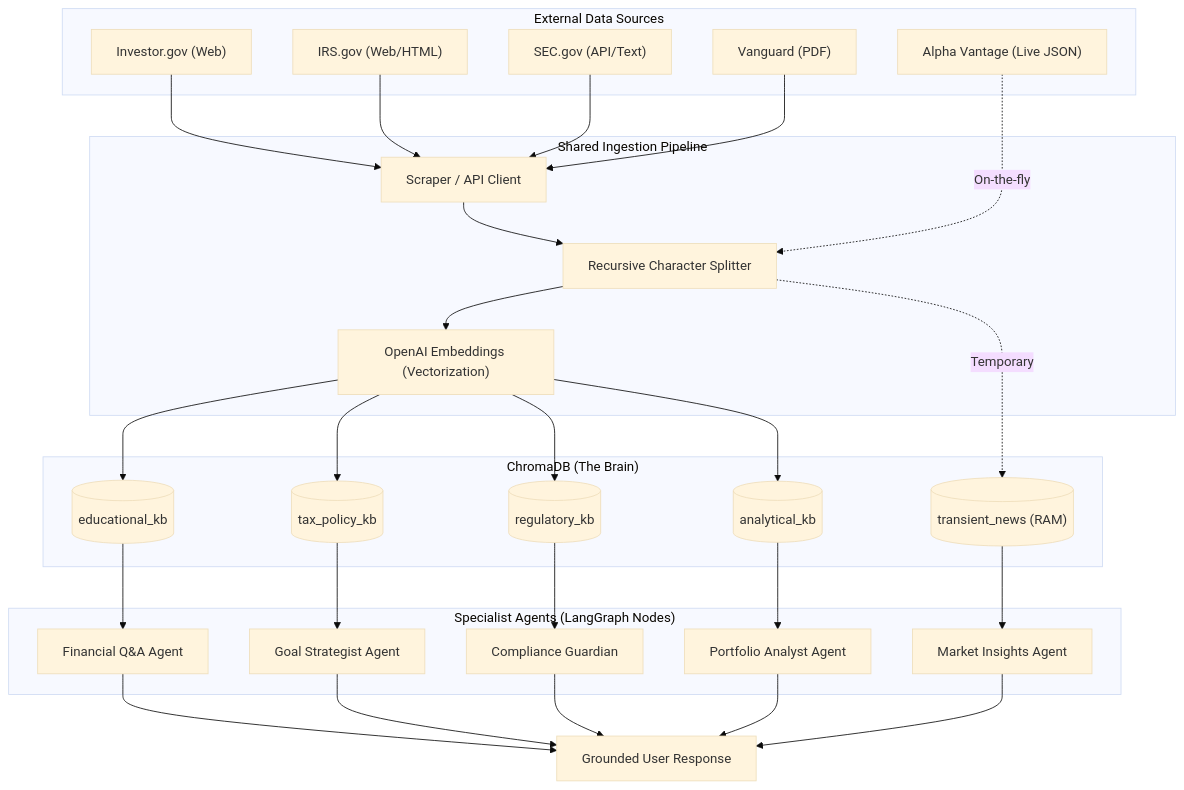
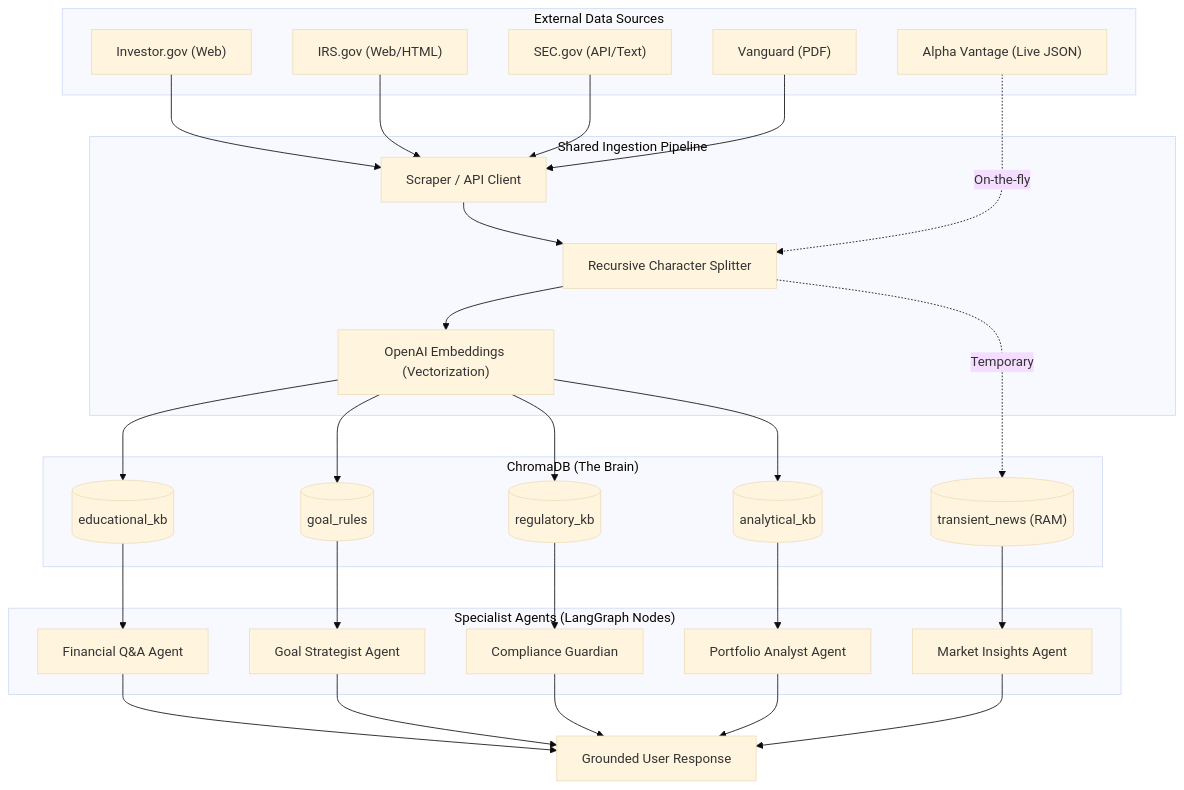
Before and after one commit to uthircloudnative/finnie-ai: the diagram in docs/RAG_GUIDE.md, drawn with Mermaid (base theme). The commit also changed other lines of this file and 32 other files, not shown here.

````diff
--- a/docs/RAG_GUIDE.md
+++ b/docs/RAG_GUIDE.md
@@ -181,45 +181,45 @@
 ```mermaid
 graph TD
     subgraph "External Data Sources"
         S1["Investor.gov (Web)"]
         S2["IRS.gov (Web/HTML)"]
         S3["SEC.gov (API/Text)"]
         S4["Vanguard (PDF)"]
         S5["Alpha Vantage (Live JSON)"]
     end
 
     subgraph "Shared Ingestion Pipeline"
         P1["Scraper / API Client"] --> P2["Recursive Character Splitter"]
         P2 --> P3["OpenAI Embeddings (Vectorization)"]
     end
 
     S1 & S2 & S3 & S4 --> P1
     S5 -.->|On-the-fly| P2
 
     subgraph "ChromaDB (The Brain)"
         C1[("educational_kb")]
-        C2[("tax_policy_kb")]
+        C2[("goal_rules")]
         C3[("regulatory_kb")]
         C4[("analytical_kb")]
         C5[("transient_news (RAM)")]
     end
 
     P3 --> C1 & C2 & C3 & C4
     P2 -.->|Temporary| C5
 
     subgraph "Specialist Agents (LangGraph Nodes)"
         A1["Financial Q&A Agent"]
         A2["Goal Strategist Agent"]
         A3["Compliance Guardian"]
         A4["Portfolio Analyst Agent"]
         A5["Market Insights Agent"]
     end
 
     C1 --> A1
     C2 --> A2
     C3 --> A3
     C4 --> A4
     C5 --> A5
 
     A1 & A2 & A3 & A4 & A5 --> Final["Grounded User Response"]
 ```
````
